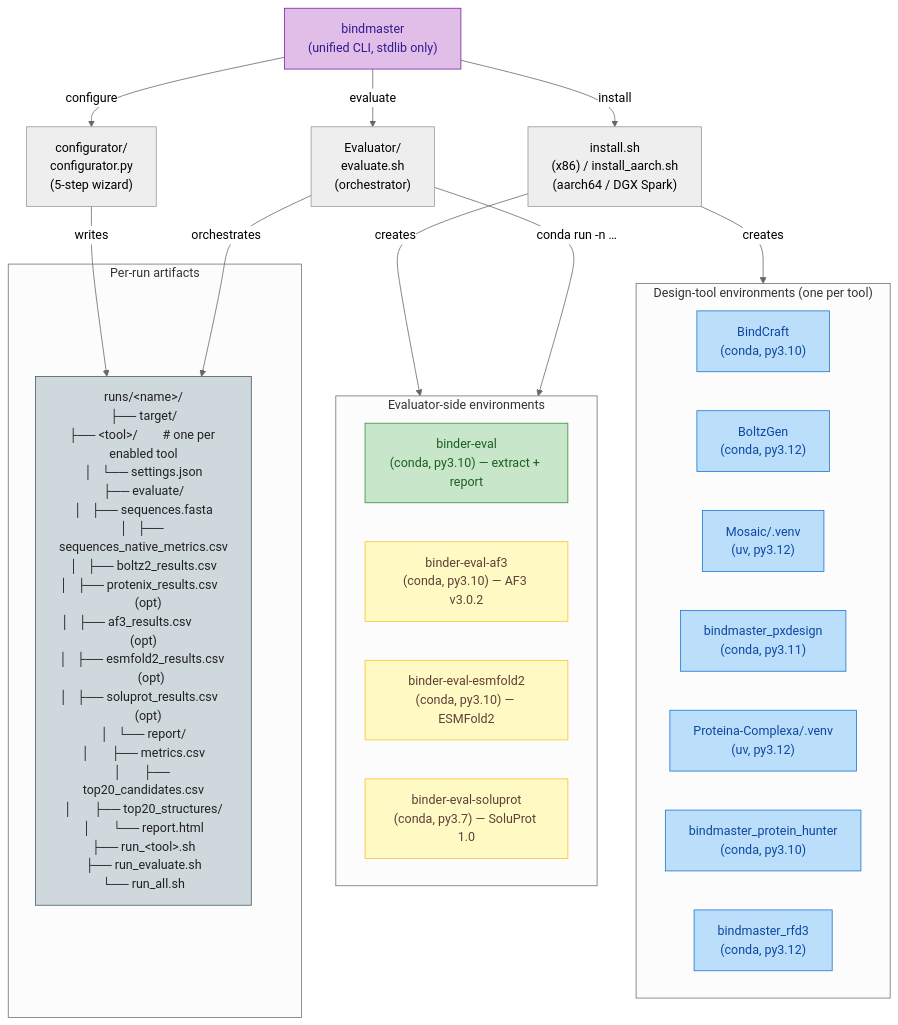
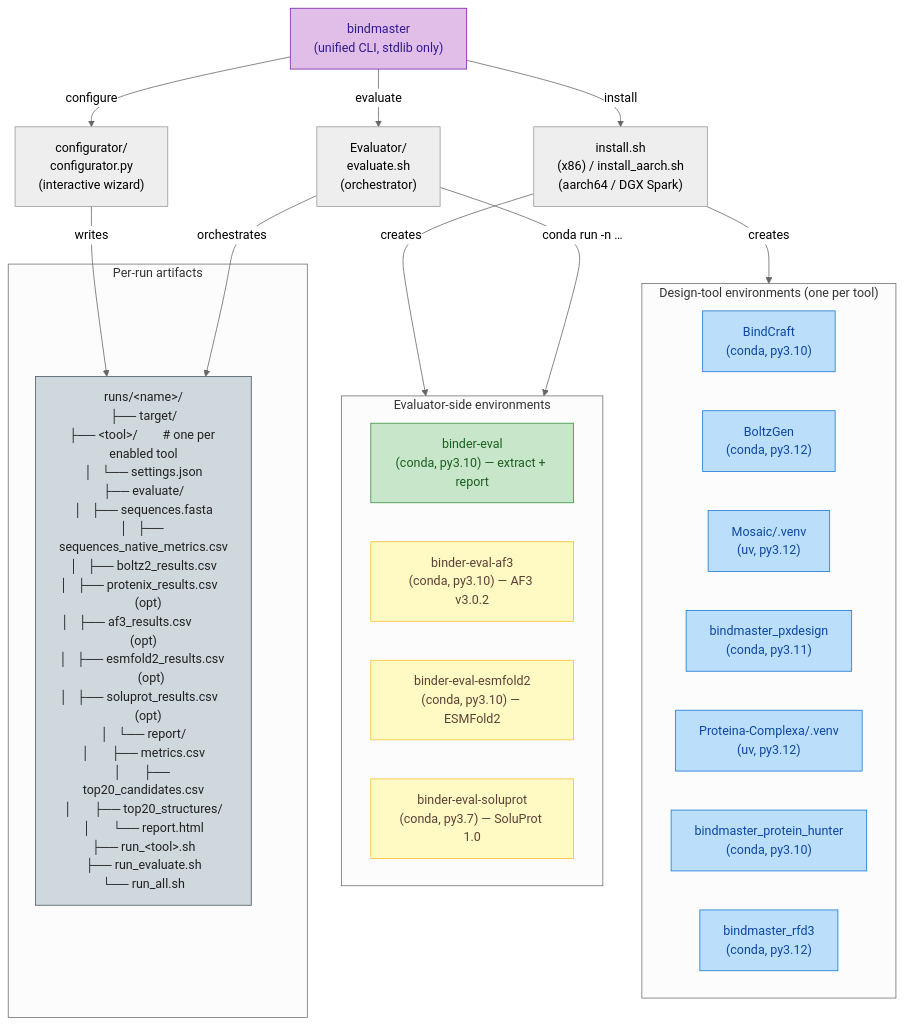
One commit to damborik22/BinderScout changed the second of 2 diagrams in README.md. Above: the diagram before and after it, drawn with Mermaid (neutral theme). The commit also changed other lines of this file, not shown here.

````diff
--- a/README.md
+++ b/README.md
@@ -99,41 +99,41 @@
 ```mermaid
 flowchart TB
     classDef gen fill:#bbdefb,stroke:#1976d2,color:#0d47a1
     classDef eng fill:#c8e6c9,stroke:#388e3c,color:#1b5e20
     classDef opt fill:#fff9c4,stroke:#fbc02d,color:#5d4037
     classDef cli fill:#e1bee7,stroke:#7b1fa2,color:#311b92
     classDef arti fill:#cfd8dc,stroke:#455a64,color:#212121
 
     CLI["bindmaster\n(unified CLI, stdlib only)"]:::cli
 
     CLI -->|install| InstallSh["install.sh\n(x86) / install_aarch.sh\n(aarch64 / DGX Spark)"]
-    CLI -->|configure| Configurator["configurator/\nconfigurator.py\n(5-step wizard)"]
+    CLI -->|configure| Configurator["configurator/\nconfigurator.py\n(interactive wizard)"]
     CLI -->|evaluate| EvaluateSh["Evaluator/\nevaluate.sh\n(orchestrator)"]
 
     subgraph GenEnvs["Design-tool environments (one per tool)"]
         EnvBC["BindCraft<br/>(conda, py3.10)"]:::gen
         EnvBG["BoltzGen<br/>(conda, py3.12)"]:::gen
         EnvMo["Mosaic/.venv<br/>(uv, py3.12)"]:::gen
         EnvPX["bindmaster_pxdesign<br/>(conda, py3.11)"]:::gen
         EnvPC["Proteina-Complexa/.venv<br/>(uv, py3.12)"]:::gen
         EnvPH["bindmaster_protein_hunter<br/>(conda, py3.10)"]:::gen
         EnvRF["bindmaster_rfd3<br/>(conda, py3.12)"]:::gen
     end
 
     subgraph EvalEnvs["Evaluator-side environments"]
         EnvEv["binder-eval<br/>(conda, py3.10) — extract + report"]:::eng
         EnvAF3["binder-eval-af3<br/>(conda, py3.10) — AF3 v3.0.2"]:::opt
         EnvESM["binder-eval-esmfold2<br/>(conda, py3.10) — ESMFold2"]:::opt
         EnvSP["binder-eval-soluprot<br/>(conda, py3.7) — SoluProt 1.0"]:::opt
     end
 
     subgraph Artifacts["Per-run artifacts"]
         Runs["runs/&lt;name&gt;/\n├── target/\n├── &lt;tool&gt;/        # one per enabled tool\n│   └── settings.json\n├── evaluate/\n│   ├── sequences.fasta\n│   ├── sequences_native_metrics.csv\n│   ├── boltz2_results.csv\n│   ├── protenix_results.csv      (opt)\n│   ├── af3_results.csv           (opt)\n│   ├── esmfold2_results.csv      (opt)\n│   ├── soluprot_results.csv      (opt)\n│   └── report/\n│       ├── metrics.csv\n│       ├── top20_candidates.csv\n│       ├── top20_structures/\n│       └── report.html\n├── run_&lt;tool&gt;.sh\n├── run_evaluate.sh\n└── run_all.sh"]:::arti
     end
 
     InstallSh -->|creates| GenEnvs
     InstallSh -->|creates| EvalEnvs
     Configurator -->|writes| Runs
     EvaluateSh -->|orchestrates| Runs
     EvaluateSh -->|conda run -n …| EvalEnvs
 ```
````
